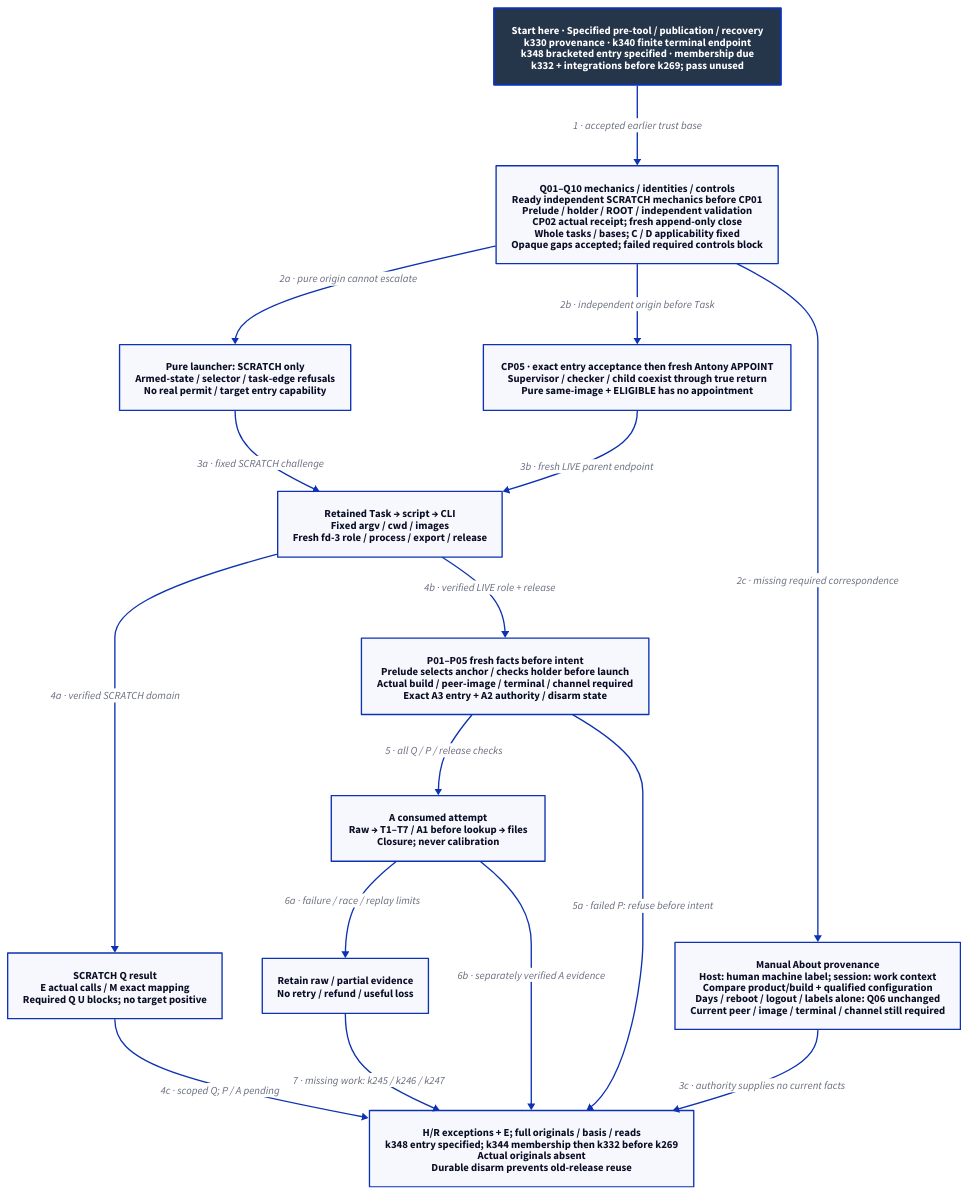
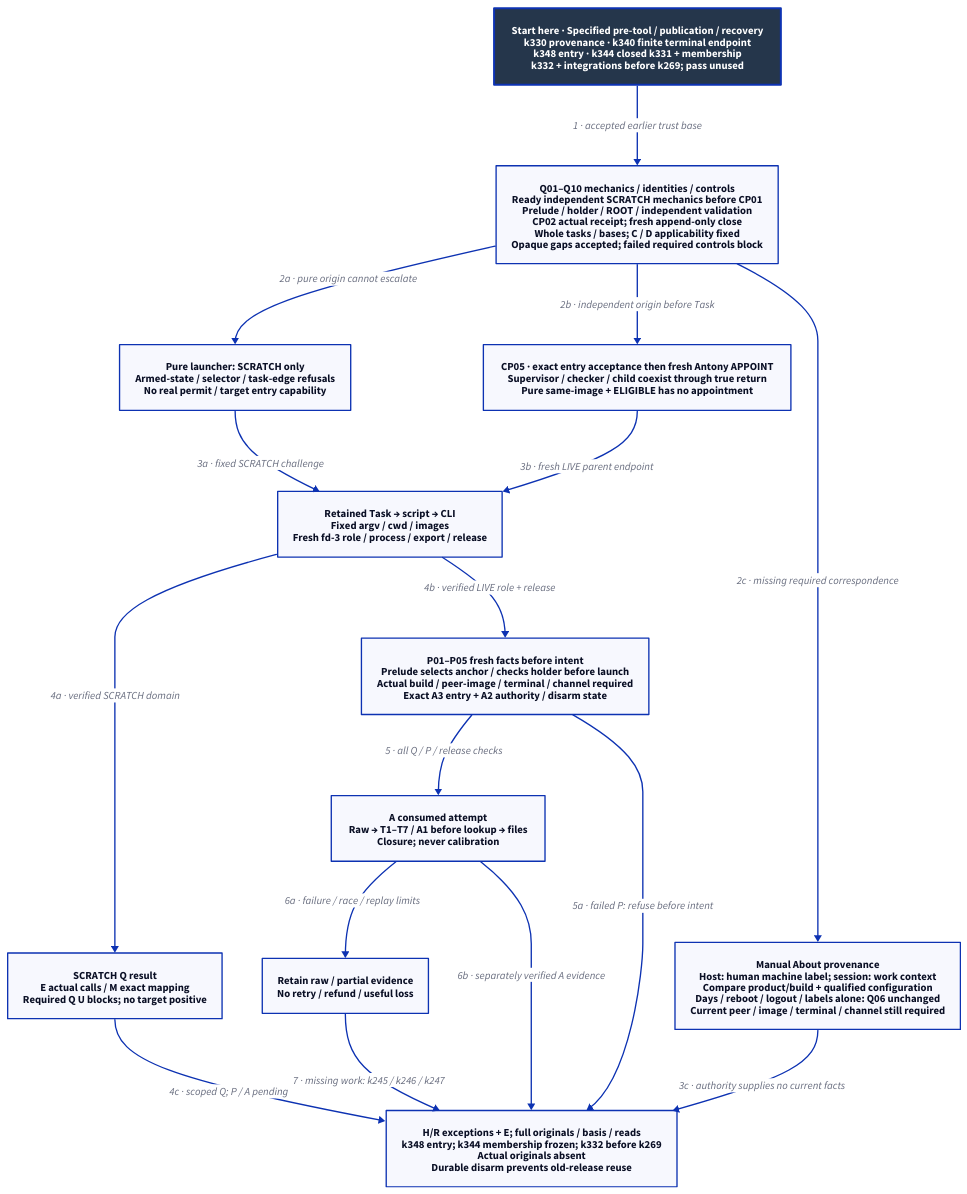
One commit to Linkuistics/Koine changed the diagram in docs/design/architecture/native-reference-packaging.d2. Above: the diagram before and after it, drawn with D2. The commit also changed 36 other files, not shown here.

First line of the commit message:
Close whole checkpoint-recovery replacement and freeze its membership (reference-evidence-checkpoint-recovery-k344; closes reference-evidence-checkpoint-recovery-k336, reference-evidence-checkpoint-recovery-k331)

```diff
--- a/docs/design/architecture/native-reference-packaging.d2
+++ b/docs/design/architecture/native-reference-packaging.d2
@@ -1,31 +1,31 @@
-# Specified k331 mechanisms and k348 bracketed entry; k344 membership and k332 review precede use.
+# K344 closed k331 with new whole membership; k332 review and integrations precede use.
 direction: down
 classes: {
   start: {style: {fill: "#25364B"; font-color: "#FFFFFF"; bold: true; stroke-width: 3}}
 }
-Start: "Start here · Specified pre-tool / publication / recovery\nk330 provenance · k340 finite terminal endpoint\nk348 bracketed entry specified · membership due\nk332 + integrations before k269; pass unused" {class: start}
+Start: "Start here · Specified pre-tool / publication / recovery\nk330 provenance · k340 finite terminal endpoint\nk348 entry · k344 closed k331 + membership\nk332 + integrations before k269; pass unused" {class: start}
 Ready: "Q01–Q10 mechanics / identities / controls\nReady independent SCRATCH mechanics before CP01\nPrelude / holder / ROOT / independent validation\nCP02 actual receipt; fresh append-only close\nWhole tasks / bases; C / D applicability fixed\nOpaque gaps accepted; failed required controls block"
 Task: "Retained Task → script → CLI\nFixed argv / cwd / images\nFresh fd-3 role / process / export / release"
 Scratch: "Pure launcher: SCRATCH only\nArmed-state / selector / task-edge refusals\nNo real permit / target entry capability"
 Live: "CP05 · exact entry acceptance then fresh Antony APPOINT\nSupervisor / checker / child coexist through true return\nPure same-image + ELIGIBLE has no appointment"
 Proof: "SCRATCH Q result\nE actual calls / M exact mapping\nRequired Q U blocks; no target positive"
 Preflight: "P01–P05 fresh facts before intent\nPrelude selects anchor / checks holder before launch\nActual build / peer-image / terminal / channel required\nExact A3 entry + A2 authority / disarm state"
 Attempt: "A consumed attempt\nRaw → T1–T7 / A1 before lookup → files\nClosure; never calibration"
 Failure: "Retain raw / partial evidence\nNo retry / refund / useful loss"
 Route: "Manual About provenance\nHost: human machine label; session: work context\nCompare product/build + qualified configuration\nDays / reboot / logout / labels alone: Q06 unchanged\nCurrent peer / image / terminal / channel still required"
-Final: "H/R exceptions + E; full originals / basis / reads\nk348 entry specified; k344 membership then k332 before k269\nActual originals absent\nDurable disarm prevents old-release reuse"
+Final: "H/R exceptions + E; full originals / basis / reads\nk348 entry; k344 membership frozen; k332 before k269\nActual originals absent\nDurable disarm prevents old-release reuse"
 Start -> Ready: "1 · accepted earlier trust base"
 Ready -> Scratch: "2a · pure origin cannot escalate"
 Ready -> Live: "2b · independent origin before Task"
 Scratch -> Task: "3a · fixed SCRATCH challenge"
 Live -> Task: "3b · fresh LIVE parent endpoint"
 Task -> Proof: "4a · verified SCRATCH domain"
 Proof -> Final: "4c · scoped Q; P / A pending"
 Task -> Preflight: "4b · verified LIVE role + release"
 Preflight -> Attempt: "5 · all Q / P / release checks"
 Preflight -> Final: "5a · failed P: refuse before intent"
 Ready -> Route: "2c · missing required correspondence"
 Route -> Final: "3c · authority supplies no current facts"
 Attempt -> Failure: "6a · failure / race / replay limits"
 Attempt -> Final: "6b · separately verified A evidence"
 Failure -> Final: "7 · missing work: k245 / k246 / k247"
```
